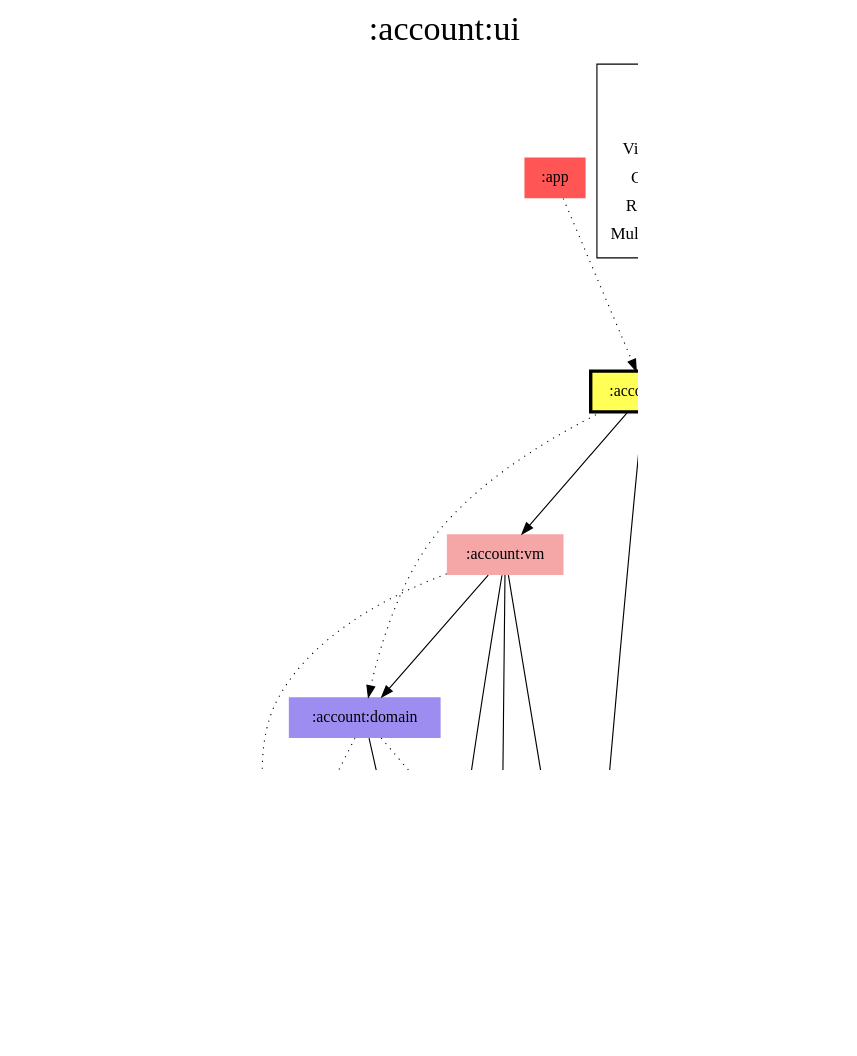
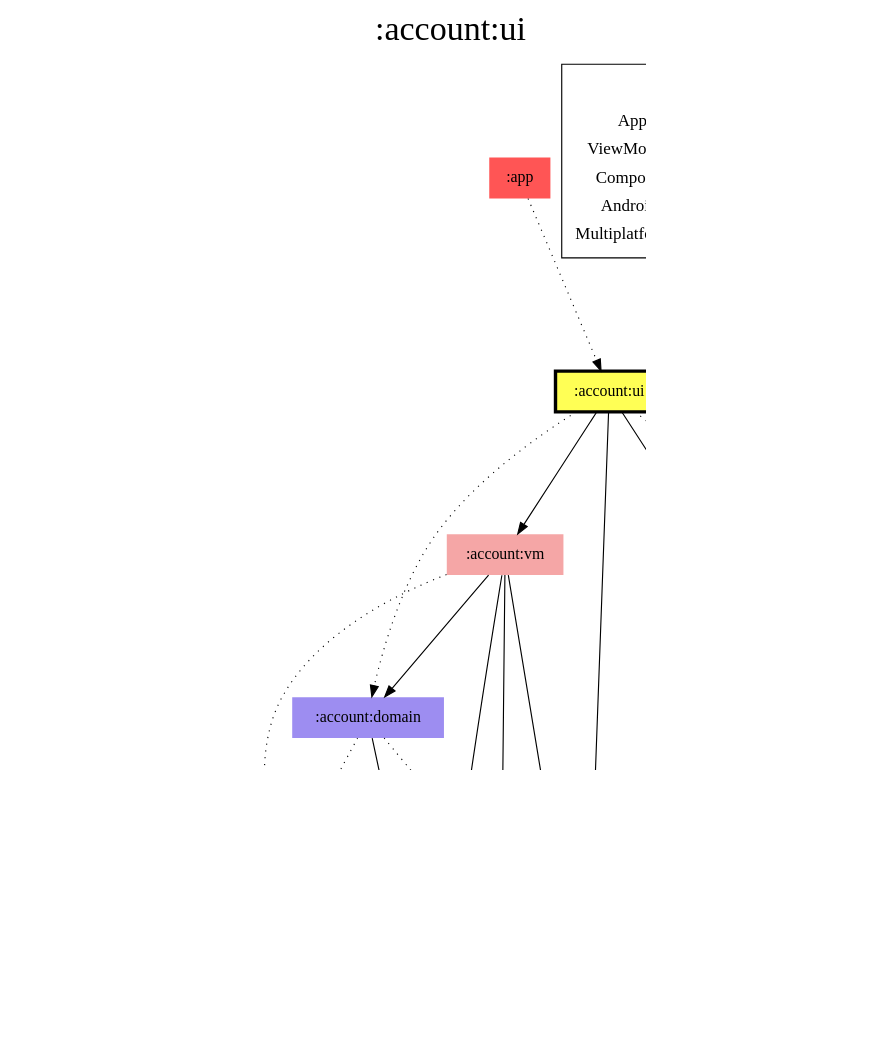
The diagram in modules/account/ui/modules.dot (jonapoul/aktual), drawn with Graphviz before and after one commit. The commit also changed 196 other files, not shown here.

```diff
--- a/modules/account/ui/modules.dot
+++ b/modules/account/ui/modules.dot
@@ -1,59 +1,59 @@
 digraph {
 edge ["dir"="forward"]
 graph ["dpi"="100","label"=":account:ui","labelloc"="t","fontsize"="30","ranksep"="1.5","rankdir"="TB"]
 node ["style"="filled"]
 ":account:domain" ["fillcolor"="#9D8DF1","shape"="none"]
 ":account:model" ["fillcolor"="#9D8DF1","shape"="none"]
-":account:res" ["fillcolor"="#00FFFF","shape"="none"]
 ":account:ui" ["fillcolor"="#FFFF55","color"="black","penwidth"="3","shape"="box"]
 ":account:vm" ["fillcolor"="#F5A6A6","shape"="none"]
 ":api:actual" ["fillcolor"="#9D8DF1","shape"="none"]
 ":app" ["fillcolor"="#FF5555","shape"="none"]
 ":budget:model" ["fillcolor"="#9D8DF1","shape"="none"]
 ":codegen:annotation" ["fillcolor"="#9D8DF1","shape"="none"]
+":core:android" ["fillcolor"="#55FF55","shape"="none"]
 ":core:model" ["fillcolor"="#9D8DF1","shape"="none"]
-":core:res" ["fillcolor"="#00FFFF","shape"="none"]
 ":core:ui" ["fillcolor"="#FFFF55","shape"="none"]
+":l10n" ["fillcolor"="#9D8DF1","shape"="none"]
 ":prefs" ["fillcolor"="#9D8DF1","shape"="none"]
 {
 edge ["dir"="none"]
 graph ["rank"="same"]
 ":account:ui"
 }
 ":account:domain" -> ":account:model"
 ":account:domain" -> ":api:actual" ["style"="dotted"]
 ":account:domain" -> ":prefs" ["style"="dotted"]
 ":account:ui" -> ":account:domain" ["style"="dotted"]
-":account:ui" -> ":account:res" ["style"="dotted"]
 ":account:ui" -> ":account:vm"
 ":account:ui" -> ":core:model"
-":account:ui" -> ":core:res" ["style"="dotted"]
 ":account:ui" -> ":core:ui"
+":account:ui" -> ":l10n" ["style"="dotted"]
 ":account:vm" -> ":account:domain"
 ":account:vm" -> ":account:model"
 ":account:vm" -> ":api:actual" ["style"="dotted"]
 ":account:vm" -> ":core:model"
 ":account:vm" -> ":prefs"
 ":api:actual" -> ":account:model"
 ":api:actual" -> ":budget:model"
 ":api:actual" -> ":codegen:annotation" ["style"="dotted"]
 ":api:actual" -> ":core:model"
 ":app" -> ":account:ui" ["style"="dotted"]
+":core:ui" -> ":core:android" ["style"="dotted"]
 ":core:ui" -> ":core:model"
-":core:ui" -> ":core:res" ["style"="dotted"]
+":core:ui" -> ":l10n" ["style"="dotted"]
 ":prefs" -> ":account:model"
 ":prefs" -> ":core:model"
 subgraph "cluster_legend" {
 edge ["dir"="none"]
 graph ["label"="Legend","fontsize"="20"]
 "Legend" ["style"="filled","fillcolor"="#FFFFFF","shape"="none","margin"="0","fontsize"="15","label"=<
 <TABLE BORDER="0" CELLBORDER="0" CELLSPACING="0" CELLPADDING="4">
 <TR><TD>App</TD><TD BGCOLOR="#FF5555">module-name</TD></TR>
 <TR><TD>ViewModel</TD><TD BGCOLOR="#F5A6A6">module-name</TD></TR>
 <TR><TD>Compose</TD><TD BGCOLOR="#FFFF55">module-name</TD></TR>
-<TR><TD>Resources</TD><TD BGCOLOR="#00FFFF">module-name</TD></TR>
+<TR><TD>Android</TD><TD BGCOLOR="#55FF55">module-name</TD></TR>
 <TR><TD>Multiplatform</TD><TD BGCOLOR="#9D8DF1">module-name</TD></TR>
 </TABLE>
 >]
 } -> ":account:ui" ["style"="invis"]
 }
```
